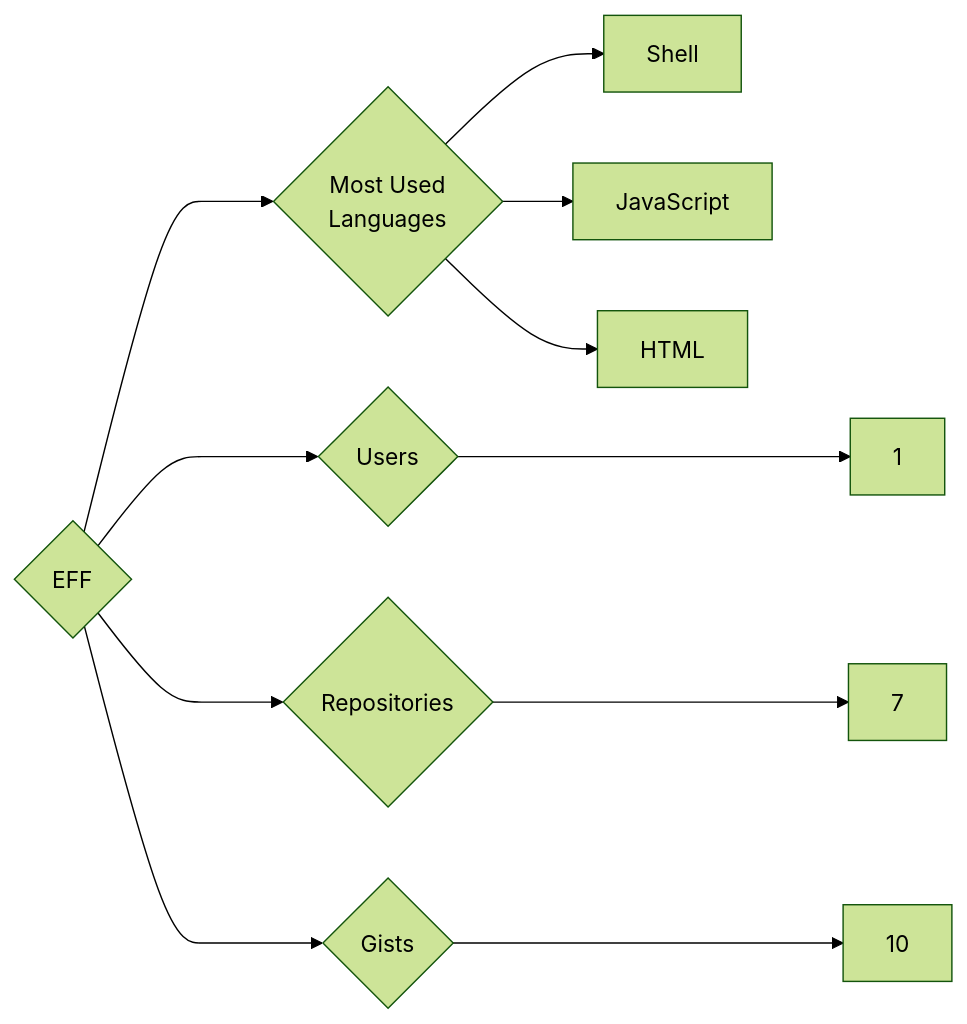
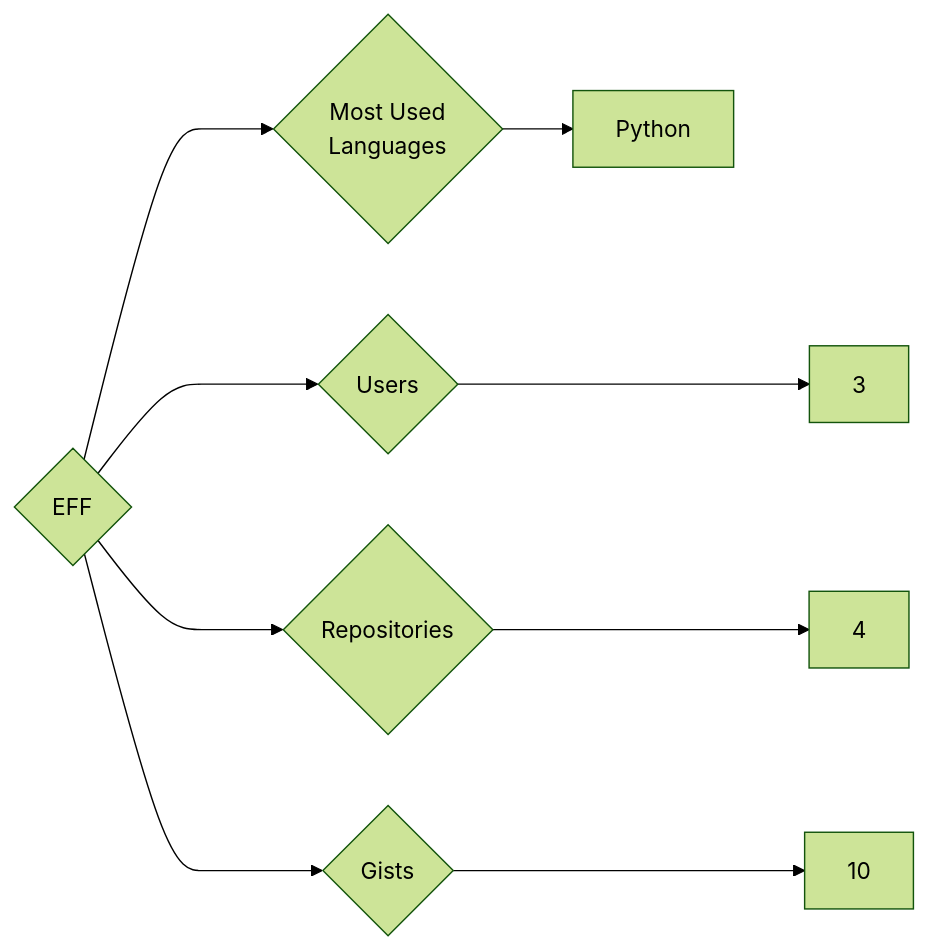
One commit to trickest/insiders changed the diagram in targets/EFF/README.md. Above: the diagram before and after it, drawn with Mermaid (forest theme). The commit also changed 985 other files, not shown here.

````diff
--- a/targets/EFF/README.md
+++ b/targets/EFF/README.md
@@ -3,11 +3,9 @@
 ```mermaid
 graph LR
 COMPANY_NAME{EFF}
-COMPANY_NAME ---> U{Users} ---> UN[1]
-COMPANY_NAME ---> R{Repositories} ---> RN[7]
+COMPANY_NAME ---> U{Users} ---> UN[3]
+COMPANY_NAME ---> R{Repositories} ---> RN[4]
 COMPANY_NAME ---> G{Gists} ---> GN[10]
 COMPANY_NAME ---> ML{Most Used<br>Languages}
-ML --> Shell[Shell]
-ML --> JavaScript[JavaScript]
-ML --> HTML[HTML]
+ML --> Python[Python]
 ```
````
